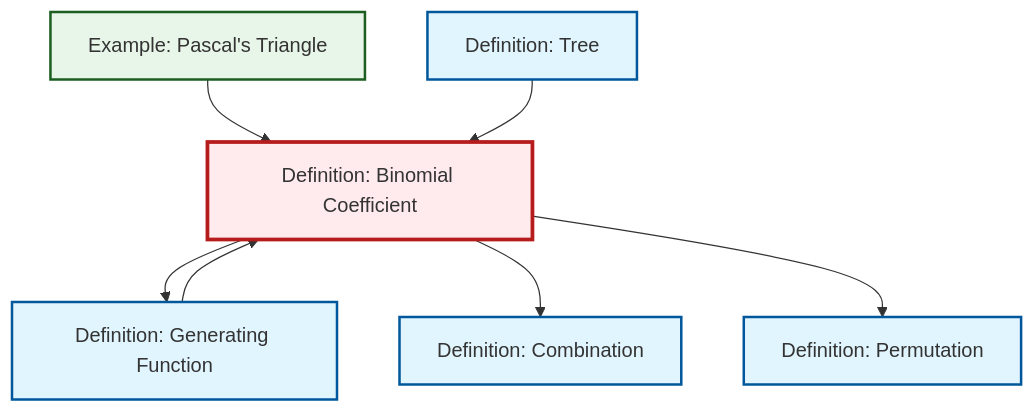
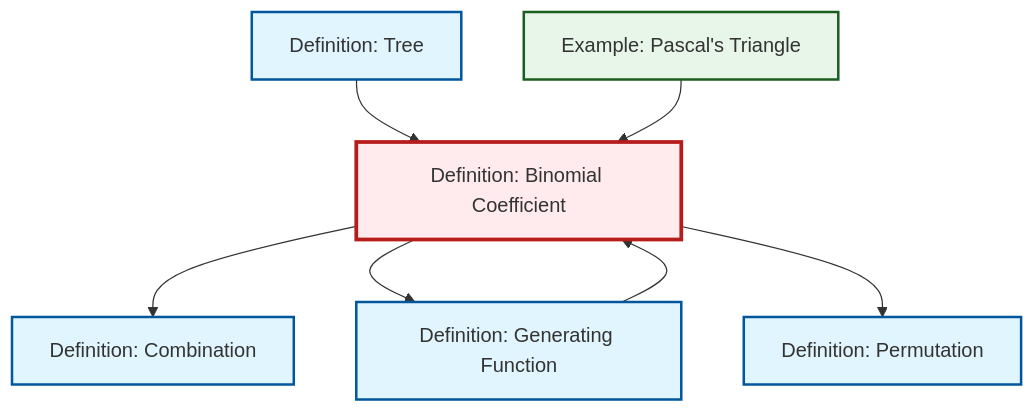
Before and after one commit to RK0429/ModernMath: the diagram in content/en/combinatorics/def-binomial-coefficient.qmd, drawn with Mermaid. The commit also changed other lines of this file and 672 other files, not shown here.

````diff
--- a/content/en/combinatorics/def-binomial-coefficient.qmd
+++ b/content/en/combinatorics/def-binomial-coefficient.qmd
@@ -66,27 +66,27 @@
 ```{mermaid}
 %%| fig-cap: "Local dependency graph"
 graph TD
     classDef definition fill:#e1f5fe,stroke:#01579b,stroke-width:2px
     classDef theorem fill:#f3e5f5,stroke:#4a148c,stroke-width:2px
     classDef axiom fill:#fff3e0,stroke:#e65100,stroke-width:2px
     classDef example fill:#e8f5e9,stroke:#1b5e20,stroke-width:2px
     classDef current fill:#ffebee,stroke:#b71c1c,stroke-width:3px
-    def-permutation["Definition: Permutation"]:::definition
-    def-binomial-coefficient["Definition: Binomial Coefficient"]:::definition
-    def-combination["Definition: Combination"]:::definition
+    def-tree["Definition: Tree"]:::definition
     def-generating-function["Definition: Generating Function"]:::definition
     ex-pascals-triangle["Example: Pascal's Triangle"]:::example
-    def-tree["Definition: Tree"]:::definition
+    def-combination["Definition: Combination"]:::definition
+    def-binomial-coefficient["Definition: Binomial Coefficient"]:::definition
+    def-permutation["Definition: Permutation"]:::definition
+    def-binomial-coefficient --> def-combination
+    def-tree --> def-binomial-coefficient
     def-generating-function --> def-binomial-coefficient
     def-binomial-coefficient --> def-generating-function
-    def-binomial-coefficient --> def-combination
     def-binomial-coefficient --> def-permutation
     ex-pascals-triangle --> def-binomial-coefficient
-    def-tree --> def-binomial-coefficient
     class def-binomial-coefficient current
-    click def-permutation "def-permutation.html" "Go to Permutation definition"
-    click def-combination "def-combination.html" "Go to Combination definition"
+    click def-tree "def-tree.html" "Go to Tree definition"
     click def-generating-function "def-generating-function.html" "Go to Generating Function definition"
     click ex-pascals-triangle "ex-pascals-triangle.html" "Go to Pascal's Triangle example"
-    click def-tree "def-tree.html" "Go to Tree definition"
+    click def-combination "def-combination.html" "Go to Combination definition"
+    click def-permutation "def-permutation.html" "Go to Permutation definition"
 ```
````
